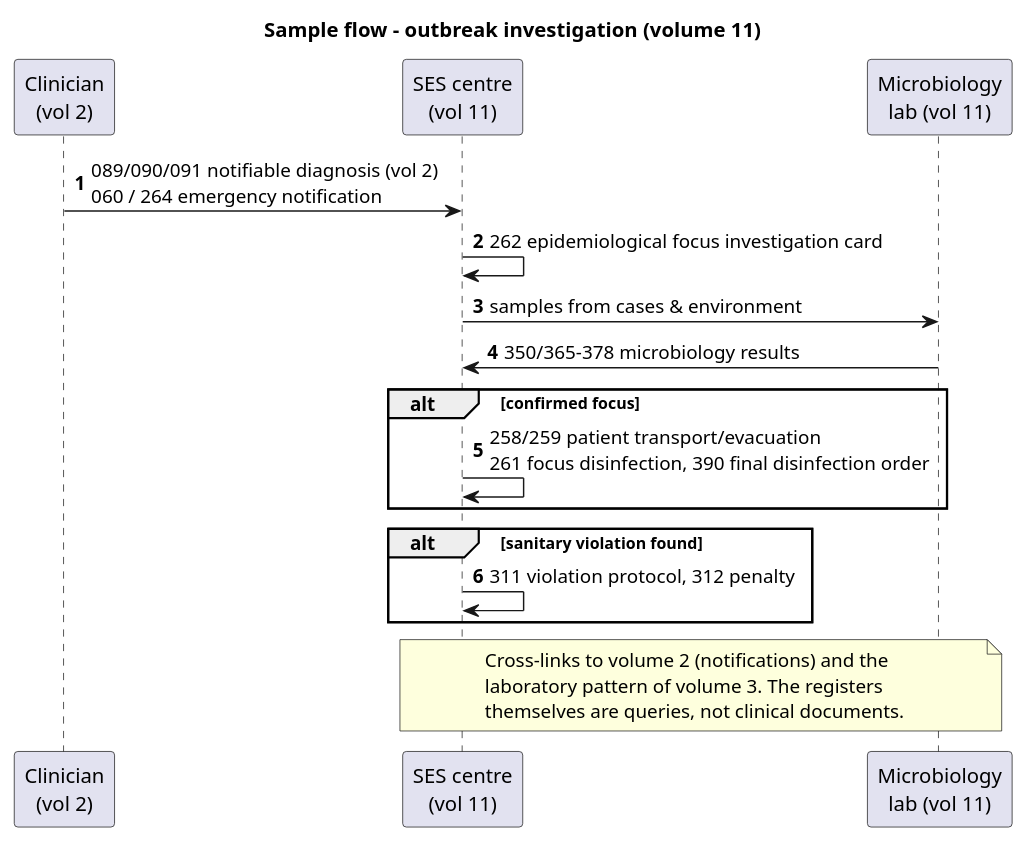
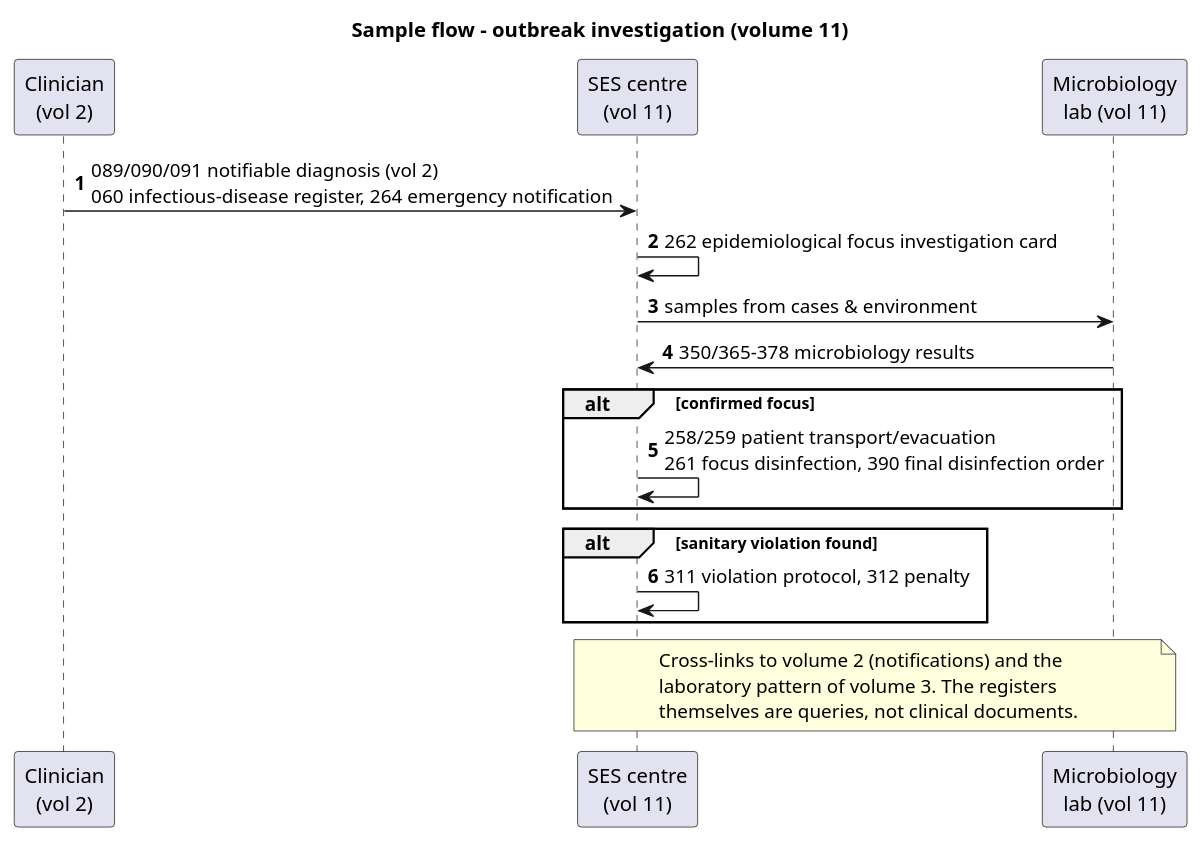
One commit to uzinfocom-org/digital-health-integration changed the diagram in input/images-source/forms-vol11-flow.plantuml. Above: the diagram before and after it, drawn with PlantUML. The commit also changed 17 other files, not shown here.

```diff
--- a/input/images-source/forms-vol11-flow.plantuml
+++ b/input/images-source/forms-vol11-flow.plantuml
@@ -1,25 +1,25 @@
 @startuml forms-vol11-flow
 title Sample flow - outbreak investigation (volume 11)
 autonumber
 
 participant "Clinician\n(vol 2)" as DR
 participant "SES centre\n(vol 11)" as SES
 participant "Microbiology\nlab (vol 11)" as LAB
 
-DR -> SES : 089/090/091 notifiable diagnosis (vol 2)\n060 / 264 emergency notification
+DR -> SES : 089/090/091 notifiable diagnosis (vol 2)\n060 infectious-disease register, 264 emergency notification
 SES -> SES : 262 epidemiological focus investigation card
 SES -> LAB : samples from cases & environment
 LAB -> SES : 350/365-378 microbiology results
 alt confirmed focus
   SES -> SES : 258/259 patient transport/evacuation\n261 focus disinfection, 390 final disinfection order
 end
 alt sanitary violation found
   SES -> SES : 311 violation protocol, 312 penalty
 end
 
 note over SES, LAB
   Cross-links to volume 2 (notifications) and the
   laboratory pattern of volume 3. The registers
   themselves are queries, not clinical documents.
 end note
 @enduml
```
